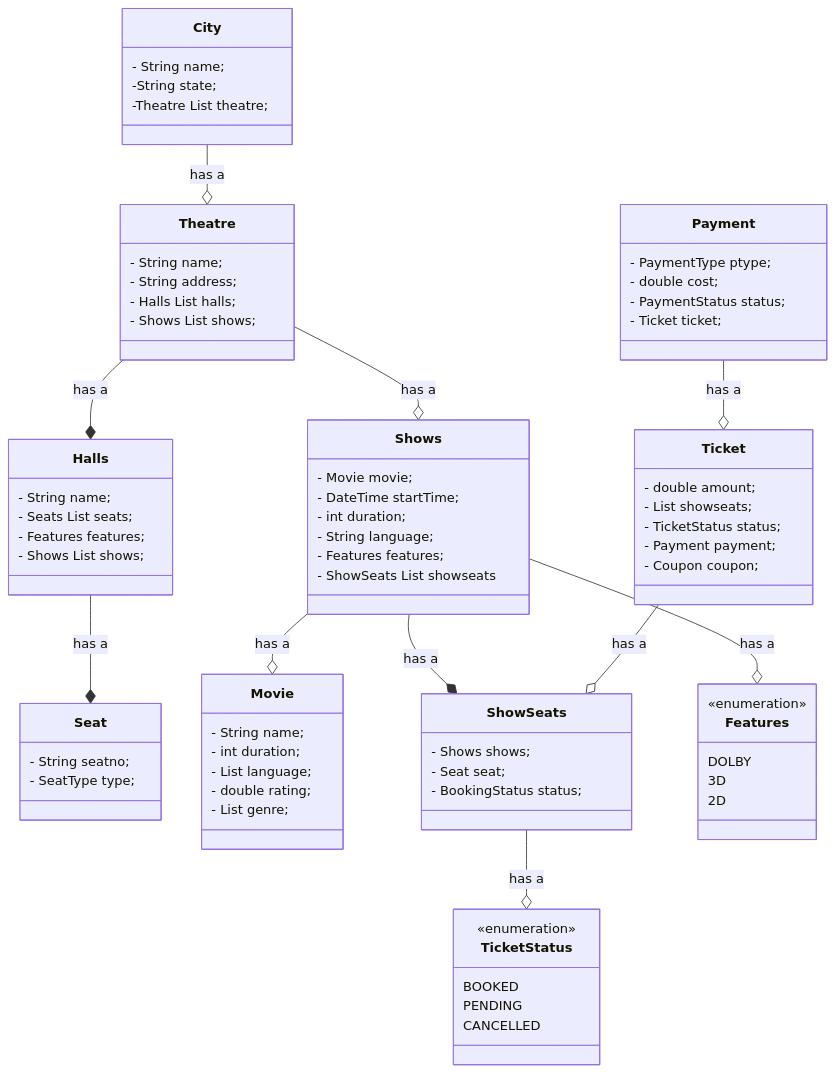
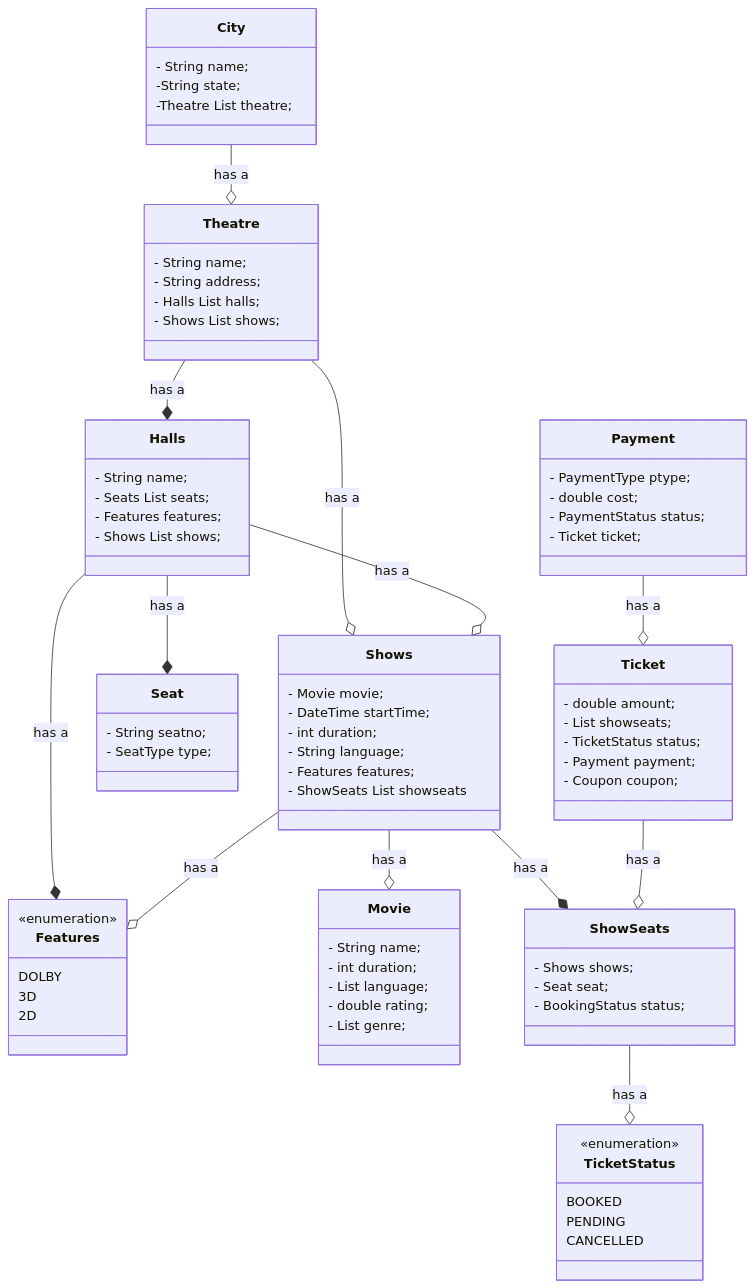
Before and after one commit to Vishal70854/lld: the third of 3 diagrams in book_my_show/README.md, drawn with Mermaid.

Commit message:
some changes in book my show readme.md

```diff
--- a/book_my_show/README.md
+++ b/book_my_show/README.md
@@ -113,6 +113,8 @@
         - Shows List<Shows> shows;
     }
     Halls --* Seat : has a
+    Halls --o Shows : has a
+    Halls --* Features : has a
 
     class Seat{
         - String seatno;
```
